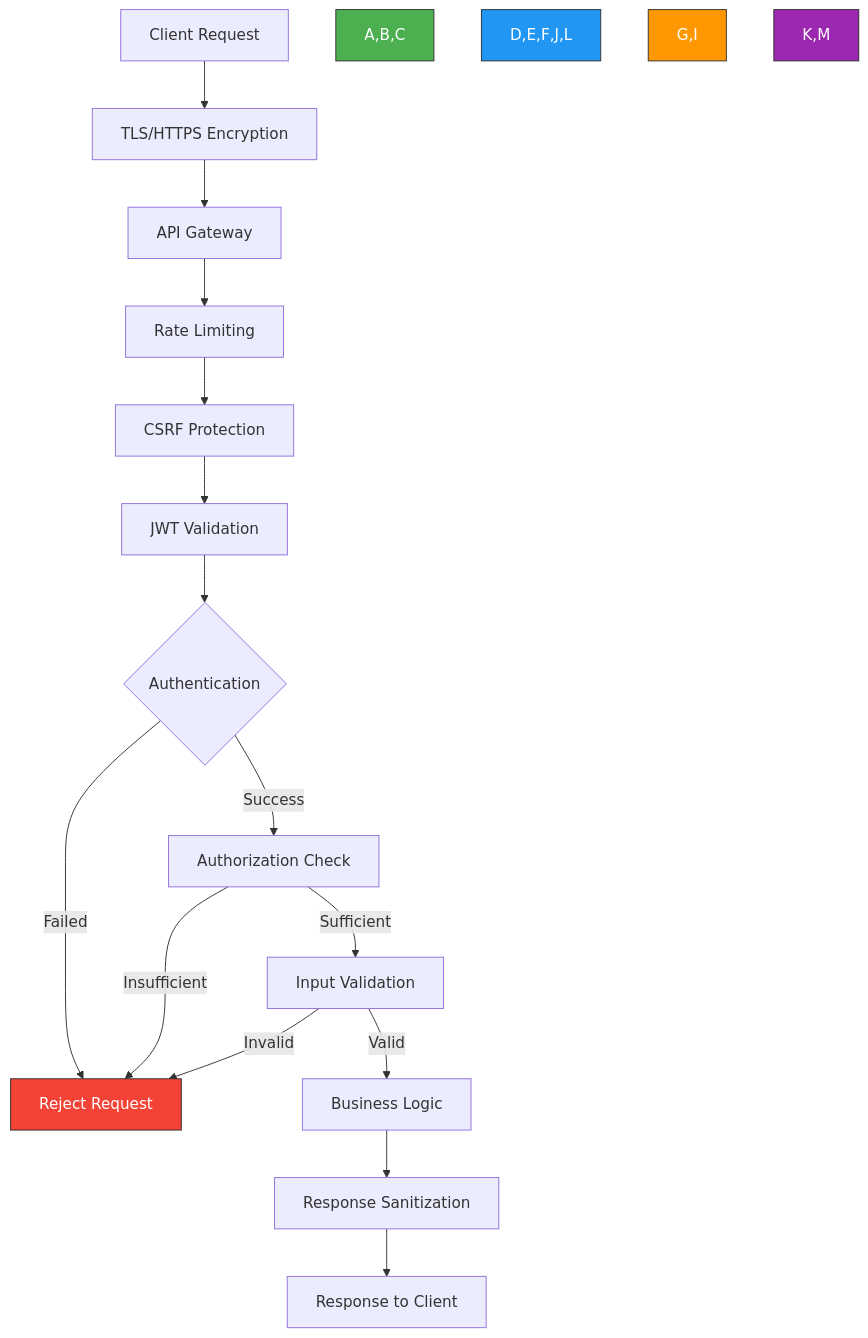
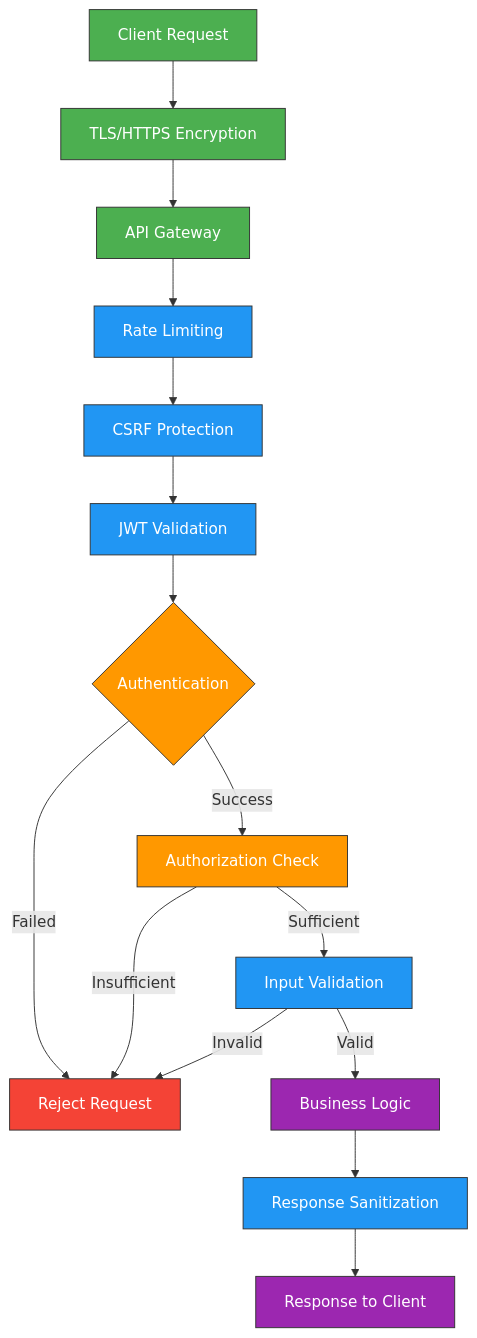
One commit to TuPhung369/Haaga_Backend_Programming changed the fourth of 8 diagrams in TuPhung_Docs/docs/backend/auth.md. Above: the diagram before and after it, drawn with Mermaid. The commit also changed other lines of this file and 25 other files, not shown here.

````diff
--- a/TuPhung_Docs/docs/backend/auth.md
+++ b/TuPhung_Docs/docs/backend/auth.md
@@ -130,27 +130,33 @@
 ```mermaid
 flowchart TD
     A[Client Request] --> B[TLS/HTTPS Encryption]
     B --> C[API Gateway]
     C --> D[Rate Limiting]
     D --> E[CSRF Protection]
     E --> F[JWT Validation]
     F --> G{Authentication}
     
     G -->|Failed| H[Reject Request]
     G -->|Success| I[Authorization Check]
     
     I -->|Insufficient| H
     I -->|Sufficient| J[Input Validation]
     
     J -->|Invalid| H
     J -->|Valid| K[Business Logic]
     
     K --> L[Response Sanitization]
     L --> M[Response to Client]
     
-    style A,B,C fill:#4CAF50,stroke:#333,stroke-width:1px,color:#fff
-    style D,E,F,J,L fill:#2196F3,stroke:#333,stroke-width:1px,color:#fff
-    style G,I fill:#FF9800,stroke:#333,stroke-width:1px,color:#fff
-    style H fill:#F44336,stroke:#333,stroke-width:1px,color:#fff
-    style K,M fill:#9C27B0,stroke:#333,stroke-width:1px,color:#fff
+    classDef coreServices fill:#4CAF50,stroke:#333,stroke-width:1px,color:#fff
+    classDef authComponents fill:#2196F3,stroke:#333,stroke-width:1px,color:#fff
+    classDef securityLayers fill:#FF9800,stroke:#333,stroke-width:1px,color:#fff
+    classDef dataStore fill:#F44336,stroke:#333,stroke-width:1px,color:#fff
+    classDef externalServices fill:#9C27B0,stroke:#333,stroke-width:1px,color:#fff
+    
+    class A,B,C coreServices
+    class D,E,F,J,L authComponents
+    class G,I securityLayers
+    class H dataStore
+    class K,M externalServices
 ```
````
